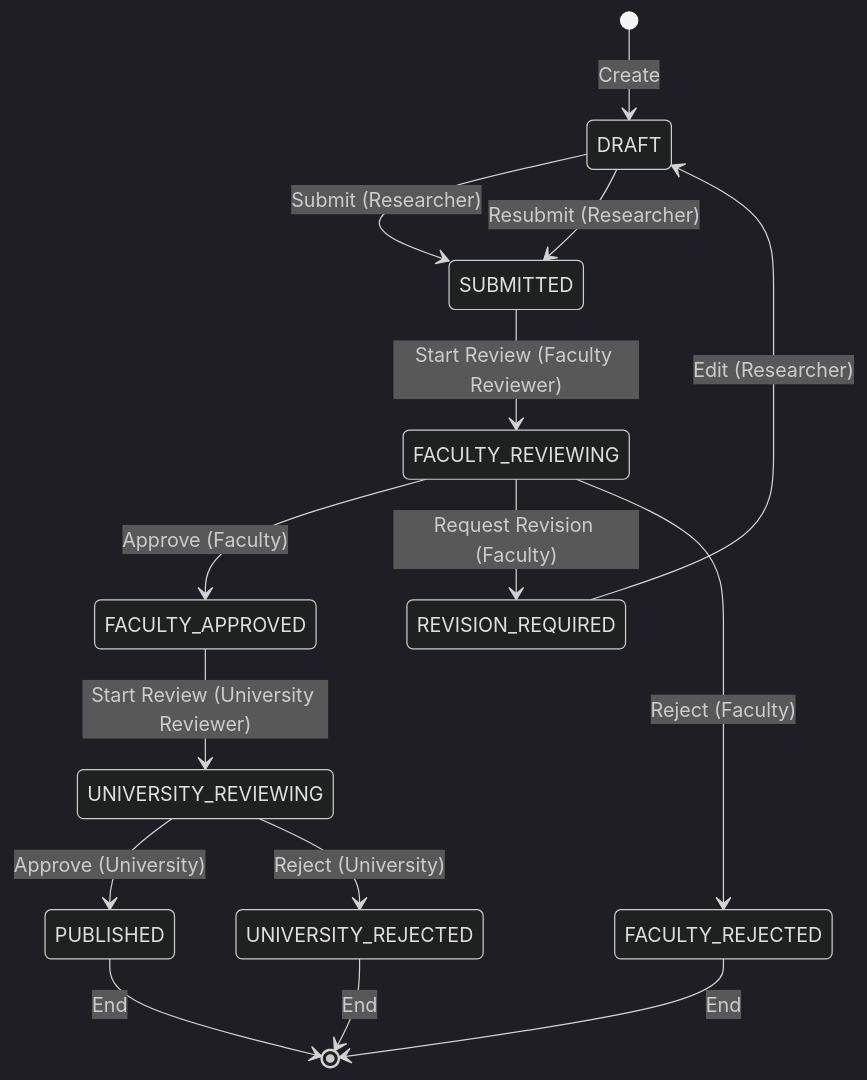
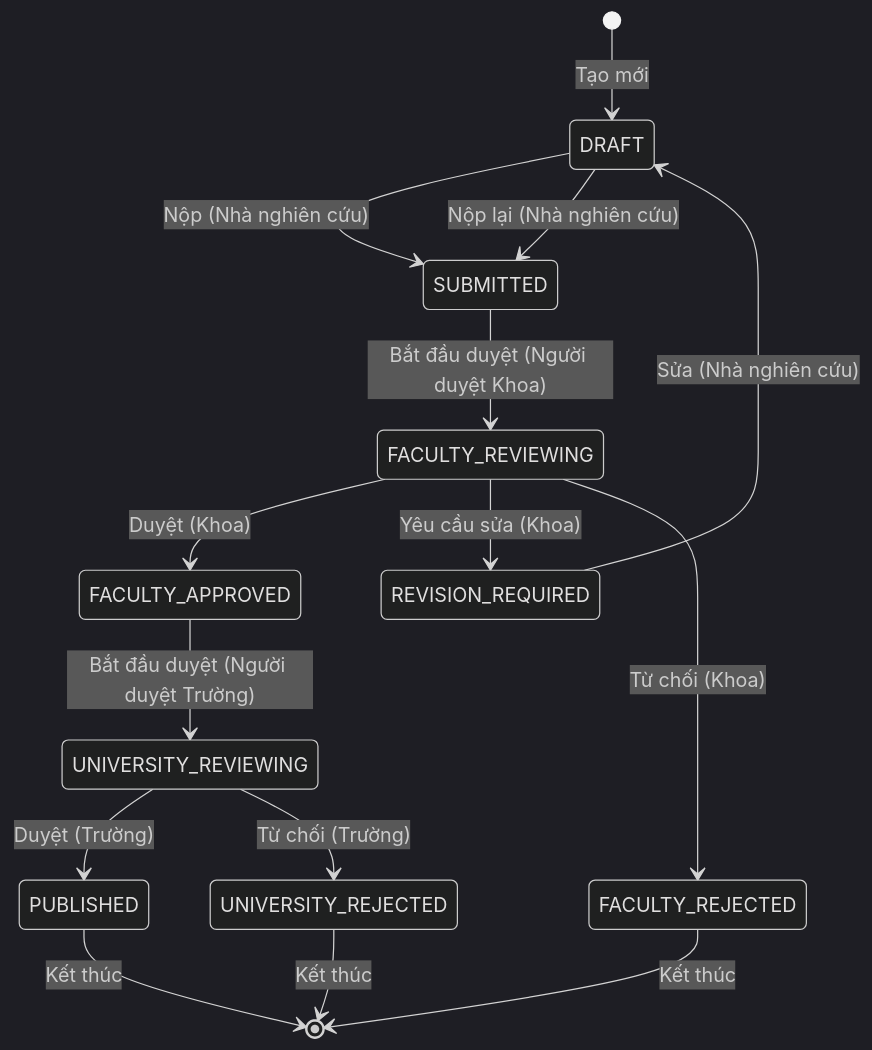
Before and after one commit to Ng0cTh4nhk5/ufpms-docs: the diagram in docs/03_Requirements/Functional/module_approval_workflow.md, drawn with Mermaid (dark theme). The commit also changed other lines of this file and 70 other files, not shown here.

````diff
--- a/docs/03_Requirements/Functional/module_approval_workflow.md
+++ b/docs/03_Requirements/Functional/module_approval_workflow.md
@@ -395,23 +395,23 @@
 ```mermaid
 stateDiagram-v2
-    [*] --> DRAFT: Create
-    DRAFT --> SUBMITTED: Submit (Researcher)
+    [*] --> DRAFT: Tạo mới
+    DRAFT --> SUBMITTED: Nộp (Nhà nghiên cứu)
     
-    SUBMITTED --> FACULTY_REVIEWING: Start Review (Faculty Reviewer)
+    SUBMITTED --> FACULTY_REVIEWING: Bắt đầu duyệt (Người duyệt Khoa)
     
-    FACULTY_REVIEWING --> FACULTY_APPROVED: Approve (Faculty)
-    FACULTY_REVIEWING --> REVISION_REQUIRED: Request Revision (Faculty)
-    FACULTY_REVIEWING --> FACULTY_REJECTED: Reject (Faculty)
+    FACULTY_REVIEWING --> FACULTY_APPROVED: Duyệt (Khoa)
+    FACULTY_REVIEWING --> REVISION_REQUIRED: Yêu cầu sửa (Khoa)
+    FACULTY_REVIEWING --> FACULTY_REJECTED: Từ chối (Khoa)
     
-    REVISION_REQUIRED --> DRAFT: Edit (Researcher)
-    DRAFT --> SUBMITTED: Resubmit (Researcher)
+    REVISION_REQUIRED --> DRAFT: Sửa (Nhà nghiên cứu)
+    DRAFT --> SUBMITTED: Nộp lại (Nhà nghiên cứu)
     
-    FACULTY_APPROVED --> UNIVERSITY_REVIEWING: Start Review (University Reviewer)
+    FACULTY_APPROVED --> UNIVERSITY_REVIEWING: Bắt đầu duyệt (Người duyệt Trường)
     
-    UNIVERSITY_REVIEWING --> PUBLISHED: Approve (University)
-    UNIVERSITY_REVIEWING --> UNIVERSITY_REJECTED: Reject (University)
+    UNIVERSITY_REVIEWING --> PUBLISHED: Duyệt (Trường)
+    UNIVERSITY_REVIEWING --> UNIVERSITY_REJECTED: Từ chối (Trường)
     
-    PUBLISHED --> [*]: End
-    FACULTY_REJECTED --> [*]: End
-    UNIVERSITY_REJECTED --> [*]: End
+    PUBLISHED --> [*]: Kết thúc
+    FACULTY_REJECTED --> [*]: Kết thúc
+    UNIVERSITY_REJECTED --> [*]: Kết thúc
 ```
````
